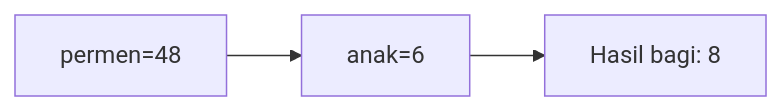
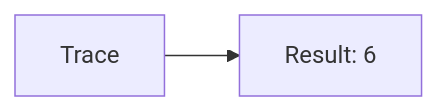
Before and after one commit to amnahwaida/OSNK_INF_PREP: diagram 12 of 25 in part-c-pemahaman-cpp/01-tipe-data/latihan/set-07.md, drawn with Mermaid. The commit also changed other lines of this file and 71 other files, not shown here.

````diff
--- a/part-c-pemahaman-cpp/01-tipe-data/latihan/set-07.md
+++ b/part-c-pemahaman-cpp/01-tipe-data/latihan/set-07.md
@@ -535,5 +253,4 @@
 ```mermaid
 graph LR
-A["permen=48"] --> B["anak=6"]
-B --> C["Hasil bagi: 8"]
+A[Trace] --> B[Result: 6]
 ```
````
